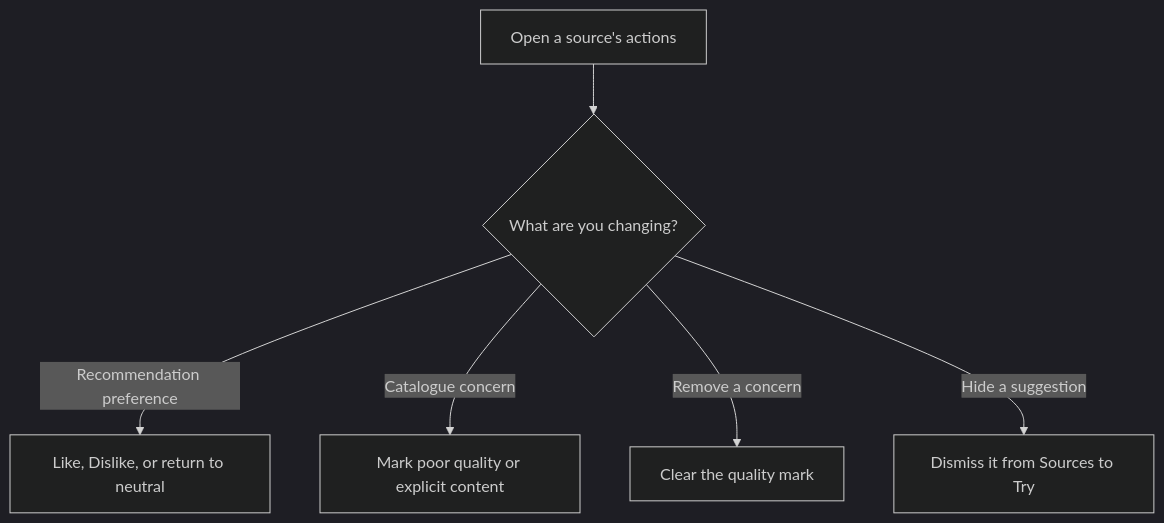
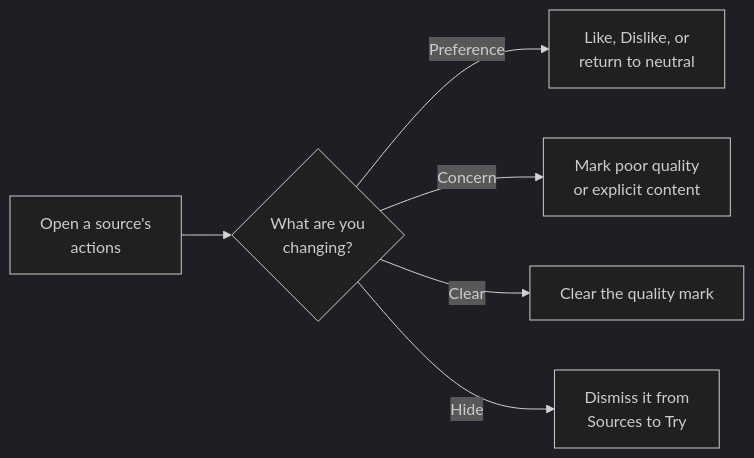
The fourth of 4 diagrams in docs/kmk/feature-guides/sources.md (FancyCorey/komikku-fc), drawn with Mermaid (dark theme) before and after one commit. The commit also changed other lines of this file and 93 other files, not shown here.

````diff
--- a/docs/kmk/feature-guides/sources.md
+++ b/docs/kmk/feature-guides/sources.md
@@ -74,8 +78,8 @@
 ```mermaid
-flowchart TD
-    Row["Open a source's actions"] --> Choice{"What are you changing?"}
-    Choice -->|Recommendation preference| Preference["Like, Dislike, or return to neutral"]
-    Choice -->|Catalogue concern| Quality["Mark poor quality or explicit content"]
-    Choice -->|Remove a concern| Clear["Clear the quality mark"]
-    Choice -->|Hide a suggestion| Dismiss["Dismiss it from Sources to Try"]
+flowchart LR
+    Row["Open a source's<br/>actions"] --> Choice{"What are you<br/>changing?"}
+    Choice -->|Preference| Preference["Like, Dislike, or<br/>return to neutral"]
+    Choice -->|Concern| Quality["Mark poor quality<br/>or explicit content"]
+    Choice -->|Clear| Clear["Clear the quality mark"]
+    Choice -->|Hide| Dismiss["Dismiss it from<br/>Sources to Try"]
 ```
````
